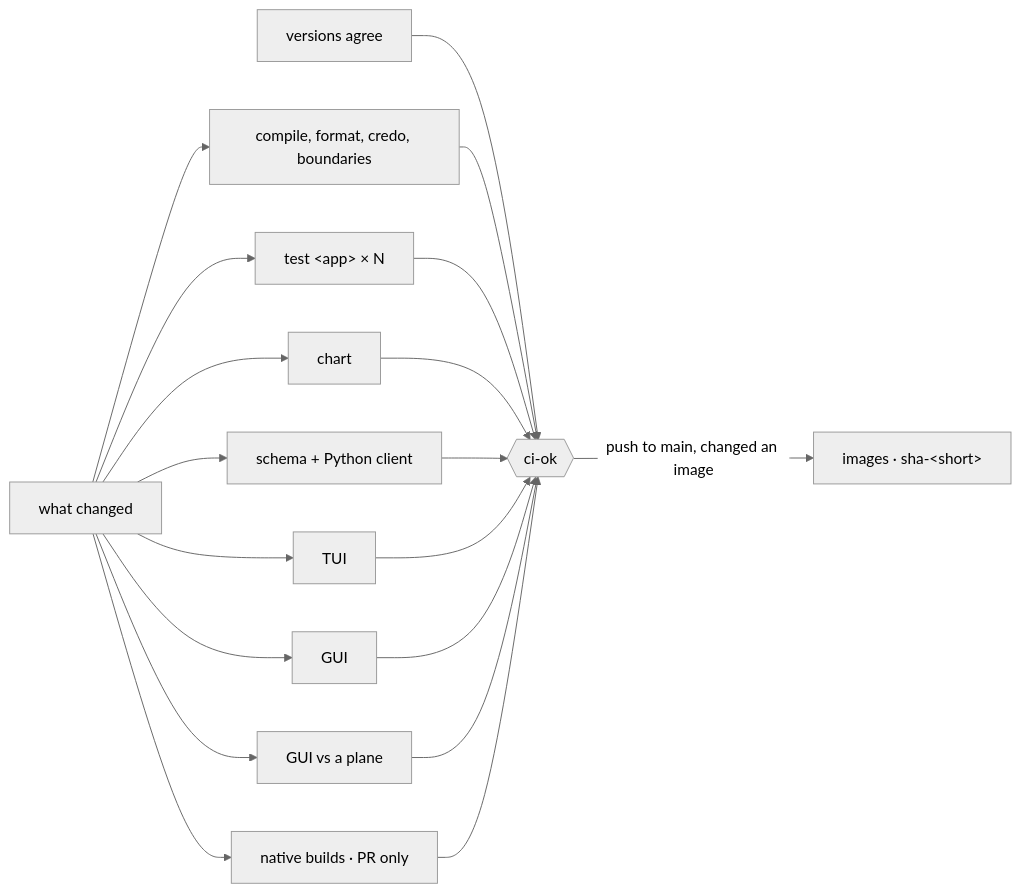
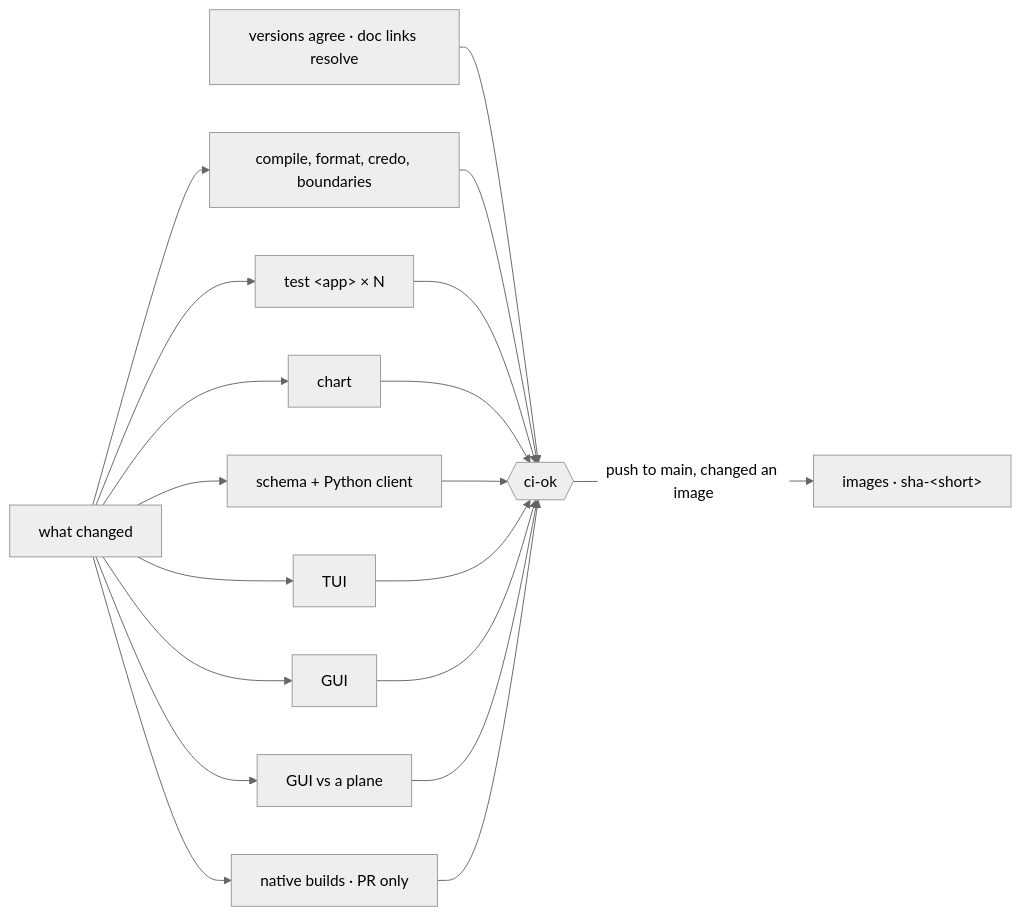
The second of 4 diagrams in .github/CI.md (it-minds/troupe), drawn with Mermaid (neutral theme) before and after one commit. The commit also changed other lines of this file and 4 other files, not shown here.

````diff
--- a/.github/CI.md
+++ b/.github/CI.md
@@ -47,9 +47,9 @@
 ```mermaid
 flowchart LR
   changes[what changed] --> lint[compile, format, credo, boundaries]
   changes --> test["test &lt;app&gt; × N"]
   changes --> chart & protocol[schema + Python client] & tui[TUI] & gui[GUI] & e2e[GUI vs a plane] & native[native builds · PR only]
-  versions[versions agree] --> ok
+  versions[versions agree · doc links resolve] --> ok
   lint & test & chart & protocol & tui & gui & e2e & native --> ok{{ci-ok}}
   ok -->|push to main, changed an image| images[images · sha-&lt;short&gt;]
 ```
````
